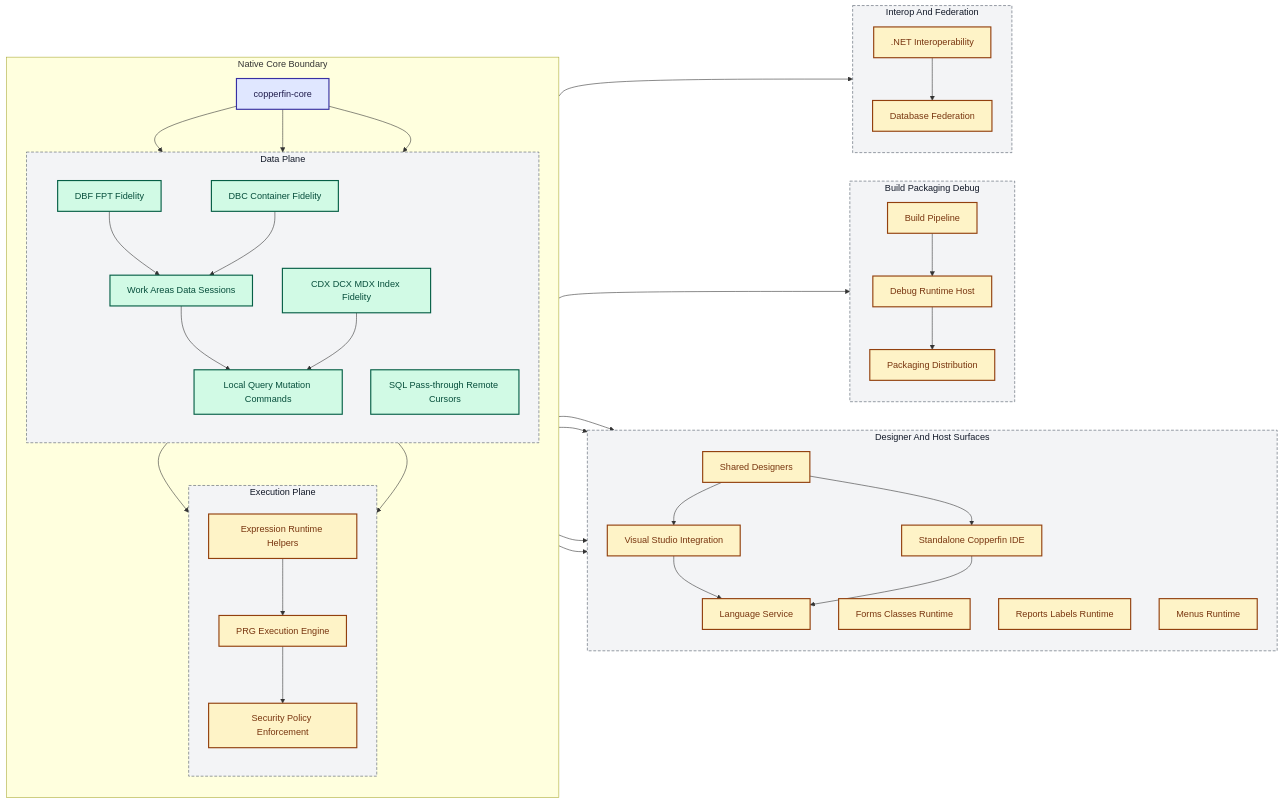
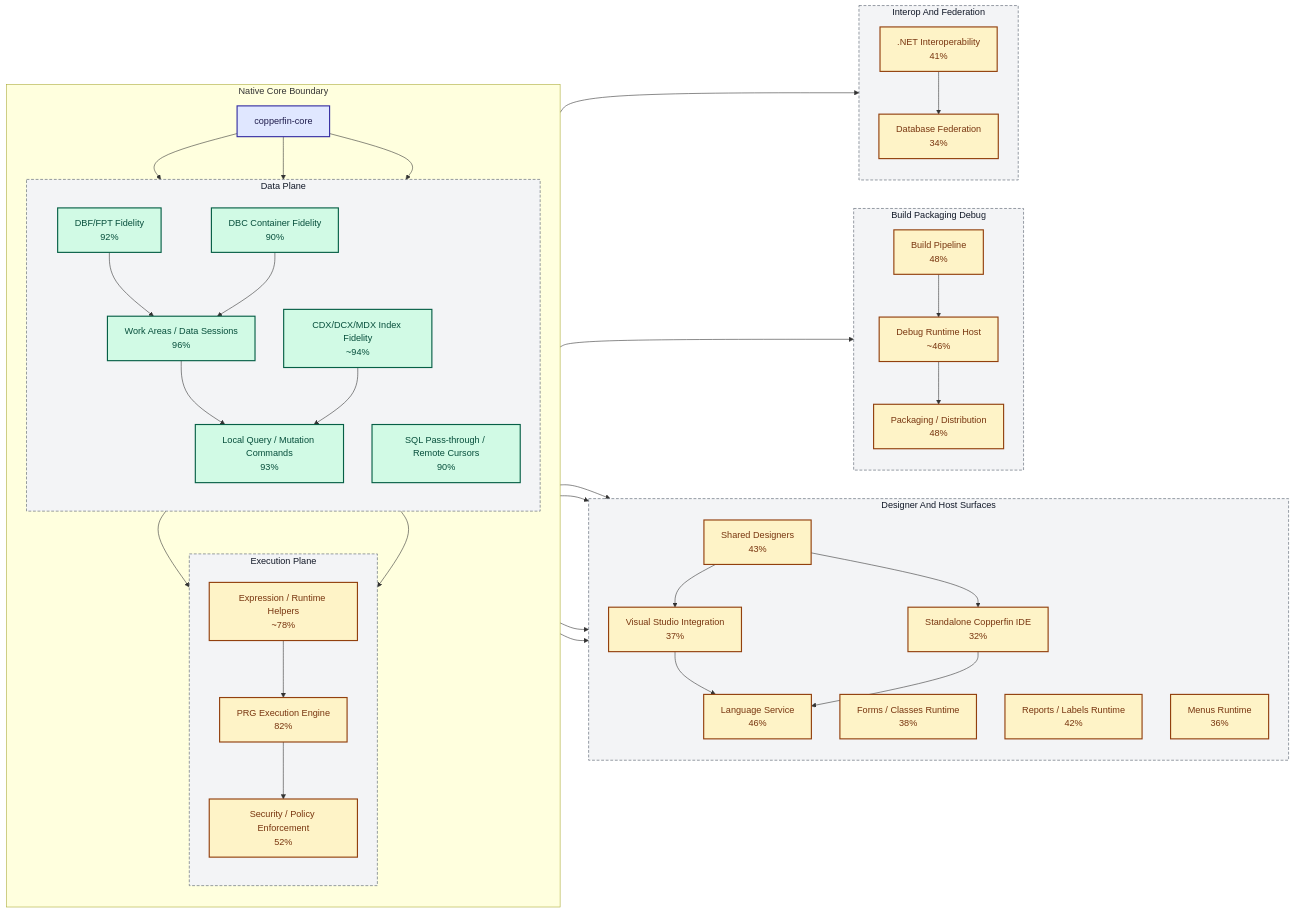
Before and after one commit to rhamenator/Project-Copperfin: the diagram in docs/02-architecture.md, drawn with Mermaid. The commit also changed other lines of this file and 2 other files, not shown here.

Commit message:
Enhance architecture documentation with detailed status metrics and add Phase A dependency breakdown

```diff
--- a/docs/02-architecture.md
+++ b/docs/02-architecture.md
@@ -12,48 +12,48 @@
 
     subgraph CoreNative[Native Core Boundary]
         direction TB
-        CORE[copperfin-core]
+        CORE["copperfin-core"]
 
         subgraph DataPlane[Data Plane]
             direction TB
-            DBF[DBF FPT Fidelity]
-            IDX[CDX DCX MDX Index Fidelity]
-            DBC[DBC Container Fidelity]
-            WS[Work Areas Data Sessions]
-            LQ[Local Query Mutation Commands]
-            SQ[SQL Pass-through Remote Cursors]
+            DBF["DBF/FPT Fidelity<br/>92%"]
+            IDX["CDX/DCX/MDX Index Fidelity<br/>~94%"]
+            DBC["DBC Container Fidelity<br/>90%"]
+            WS["Work Areas / Data Sessions<br/>96%"]
+            LQ["Local Query / Mutation Commands<br/>93%"]
+            SQ["SQL Pass-through / Remote Cursors<br/>90%"]
         end
 
         subgraph RuntimePlane[Execution Plane]
             direction TB
-            PRG[PRG Execution Engine]
-            EXP[Expression Runtime Helpers]
-            SEC[Security Policy Enforcement]
+            PRG["PRG Execution Engine<br/>82%"]
+            EXP["Expression / Runtime Helpers<br/>~78%"]
+            SEC["Security / Policy Enforcement<br/>52%"]
         end
     end
 
     subgraph UXHosts[Designer And Host Surfaces]
         direction TB
-        DES[Shared Designers]
-        FORMS[Forms Classes Runtime]
-        RPT[Reports Labels Runtime]
-        MENU[Menus Runtime]
-        VS[Visual Studio Integration]
-        IDE[Standalone Copperfin IDE]
-        LS[Language Service]
+        DES["Shared Designers<br/>43%"]
+        FORMS["Forms / Classes Runtime<br/>38%"]
+        RPT["Reports / Labels Runtime<br/>42%"]
+        MENU["Menus Runtime<br/>36%"]
+        VS["Visual Studio Integration<br/>37%"]
+        IDE["Standalone Copperfin IDE<br/>32%"]
+        LS["Language Service<br/>46%"]
     end
 
     subgraph Toolchain[Build Packaging Debug]
         direction TB
-        BLD[Build Pipeline]
-        DBG[Debug Runtime Host]
-        PKG[Packaging Distribution]
+        BLD["Build Pipeline<br/>48%"]
+        DBG["Debug Runtime Host<br/>~46%"]
+        PKG["Packaging / Distribution<br/>48%"]
     end
 
     subgraph Platform[Interop And Federation]
         direction TB
-        DOTNET[.NET Interoperability]
-        FED[Database Federation]
+        DOTNET[".NET Interoperability<br/>41%"]
+        FED["Database Federation<br/>34%"]
     end
 
     CORE --> DBF
```
